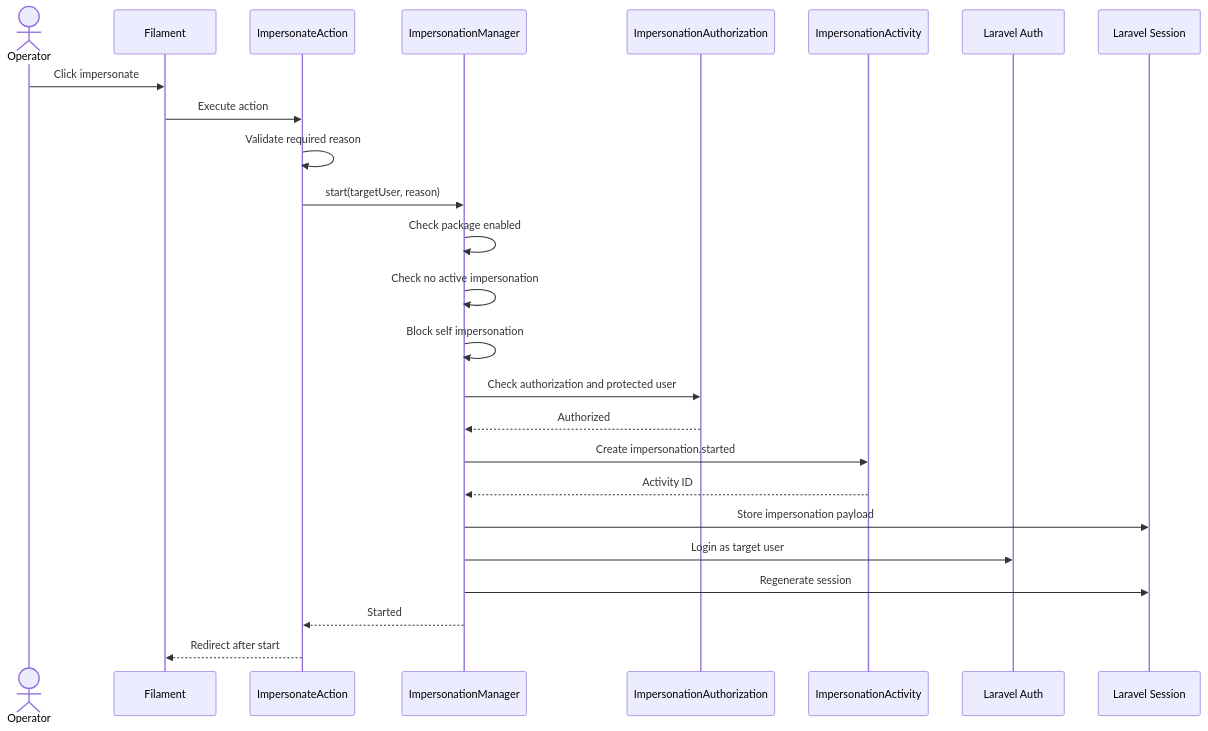
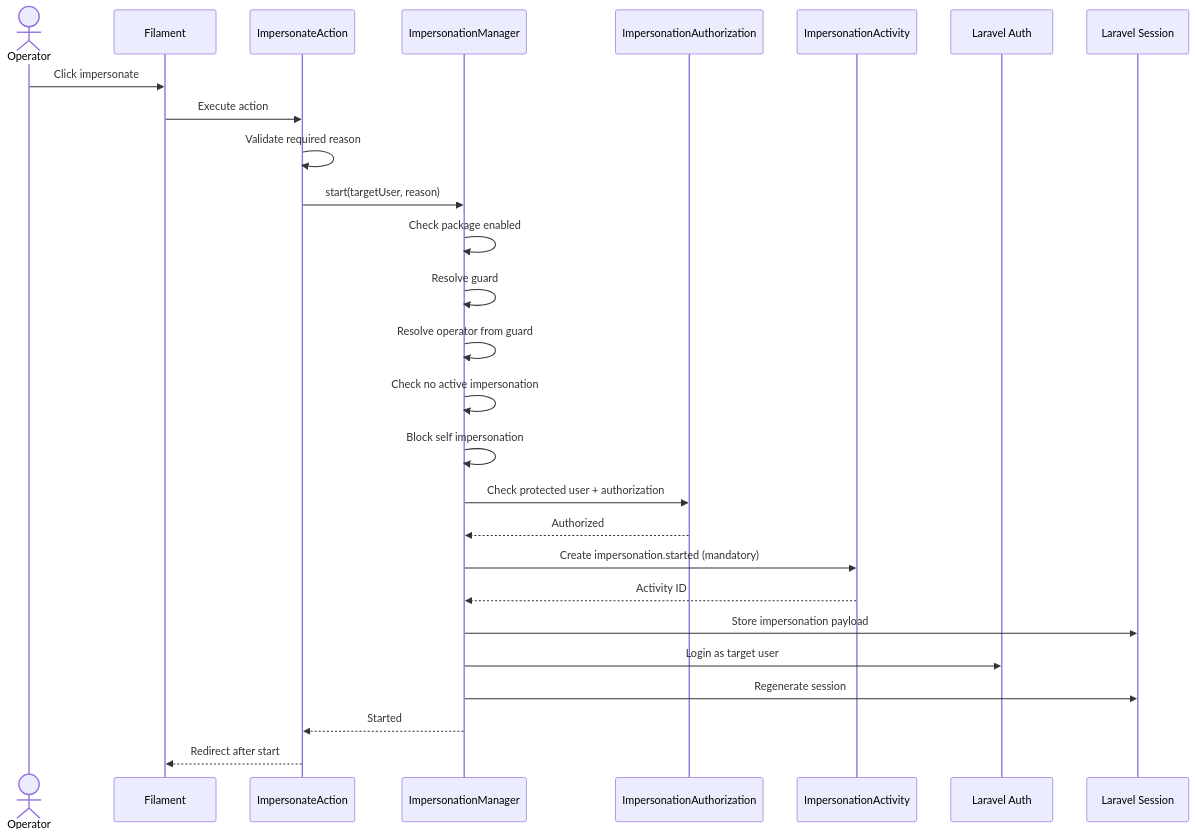
The second of 6 diagrams in docs/ARCHITECTURE_MAP.md (it-chuimi/filament-impersonation), drawn with Mermaid before and after one commit. The commit also changed other lines of this file and 1 other file, not shown here.

Commit message:
docs: update architecture for v0.1.0

````diff
--- a/docs/ARCHITECTURE_MAP.md
+++ b/docs/ARCHITECTURE_MAP.md
@@ -343,32 +347,34 @@
 ```mermaid
 sequenceDiagram
     actor Operator
     participant Filament
     participant Action as ImpersonateAction
     participant Manager as ImpersonationManager
     participant Authorization as ImpersonationAuthorization
     participant Activity as ImpersonationActivity
     participant Auth as Laravel Auth
     participant Session as Laravel Session
 
     Operator->>Filament: Click impersonate
     Filament->>Action: Execute action
     Action->>Action: Validate required reason
     Action->>Manager: start(targetUser, reason)
 
     Manager->>Manager: Check package enabled
+    Manager->>Manager: Resolve guard
+    Manager->>Manager: Resolve operator from guard
     Manager->>Manager: Check no active impersonation
     Manager->>Manager: Block self impersonation
-    Manager->>Authorization: Check authorization and protected user
+    Manager->>Authorization: Check protected user + authorization
     Authorization-->>Manager: Authorized
 
-    Manager->>Activity: Create impersonation.started
+    Manager->>Activity: Create impersonation.started (mandatory)
     Activity-->>Manager: Activity ID
 
     Manager->>Session: Store impersonation payload
     Manager->>Auth: Login as target user
     Manager->>Session: Regenerate session
 
     Manager-->>Action: Started
     Action-->>Filament: Redirect after start
 ```
````
